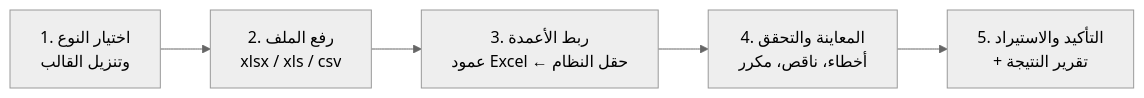
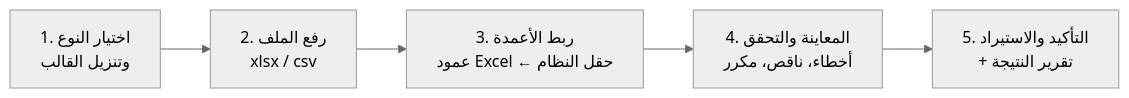
One commit to Baraaa-Nihad/Accounting-System changed the diagram in docs/12-excel-import.md. Above: the diagram before and after it, drawn with Mermaid (neutral theme). The commit also changed other lines of this file and 28 other files, not shown here.

````diff
--- a/docs/12-excel-import.md
+++ b/docs/12-excel-import.md
@@ -19,7 +19,7 @@
 ```mermaid
 flowchart LR
-    A[1. اختيار النوع<br/>وتنزيل القالب] --> B[2. رفع الملف<br/>xlsx / xls / csv]
+    A[1. اختيار النوع<br/>وتنزيل القالب] --> B[2. رفع الملف<br/>xlsx / csv]
     B --> C[3. ربط الأعمدة<br/>عمود Excel ← حقل النظام]
     C --> D[4. المعاينة والتحقق<br/>أخطاء، ناقص، مكرر]
     D --> E[5. التأكيد والاستيراد<br/>+ تقرير النتيجة]
 ```
````
